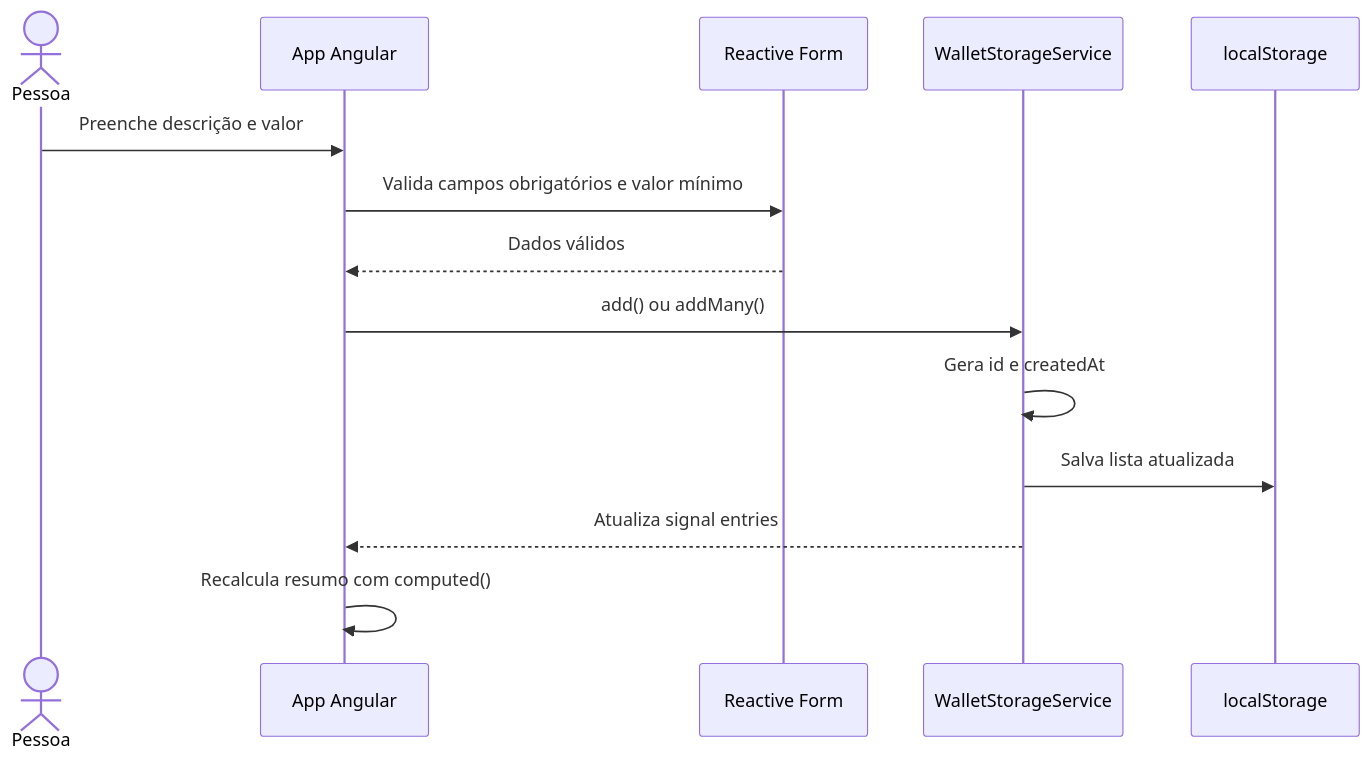
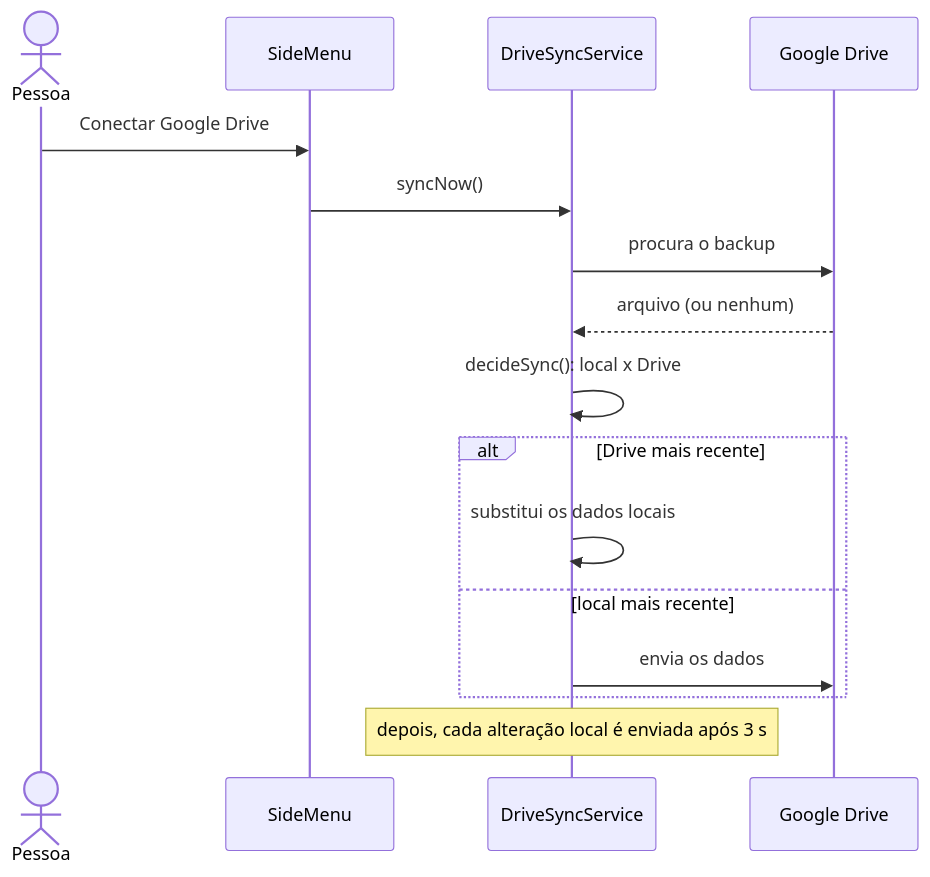
Before and after one commit to michaelldo/sattva-financas: the third of 3 diagrams in README.md, drawn with Mermaid. The commit also changed other lines of this file and 32 other files, not shown here.

````diff
--- a/README.md
+++ b/README.md
@@ -107,17 +142,19 @@
 ```mermaid
 sequenceDiagram
-  actor Pessoa
-  participant Tela as App Angular
-  participant Form as Reactive Form
-  participant Store as WalletStorageService
-  participant LS as localStorage
+  actor Pessoa
+  participant Menu as SideMenu
+  participant Sync as DriveSyncService
+  participant Drive as Google Drive
 
-  Pessoa->>Tela: Preenche descrição e valor
-  Tela->>Form: Valida campos obrigatórios e valor mínimo
-  Form-->>Tela: Dados válidos
-  Tela->>Store: add() ou addMany()
-  Store->>Store: Gera id e createdAt
-  Store->>LS: Salva lista atualizada
-  Store-->>Tela: Atualiza signal entries
-  Tela->>Tela: Recalcula resumo com computed()
+  Pessoa->>Menu: Conectar Google Drive
+  Menu->>Sync: syncNow()
+  Sync->>Drive: procura o backup
+  Drive-->>Sync: arquivo (ou nenhum)
+  Sync->>Sync: decideSync(): local x Drive
+  alt Drive mais recente
+    Sync->>Sync: substitui os dados locais
+  else local mais recente
+    Sync->>Drive: envia os dados
+  end
+  Note over Sync: depois, cada alteração local é enviada após 3 s
 ```
````
